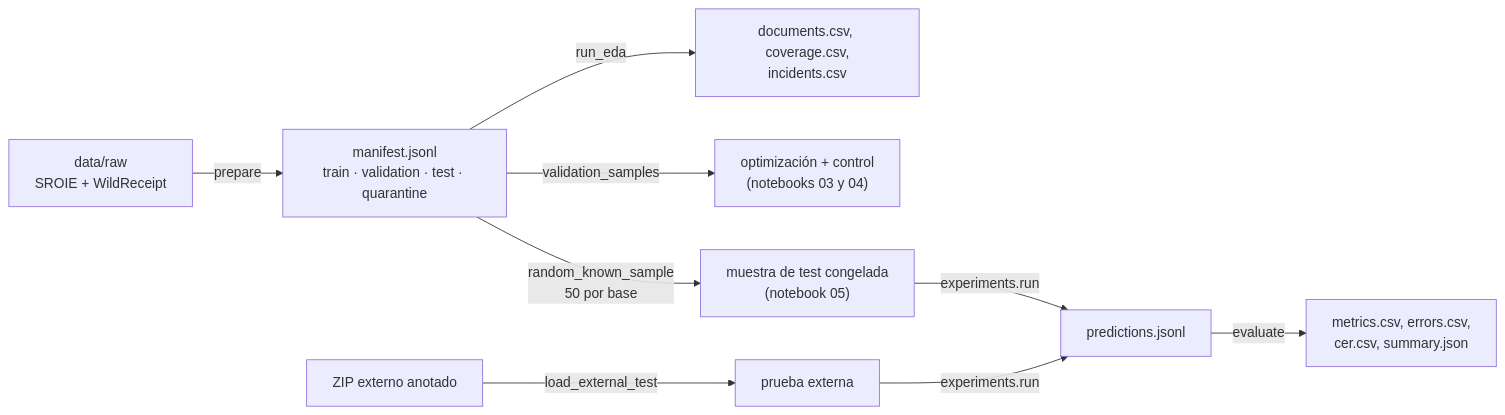
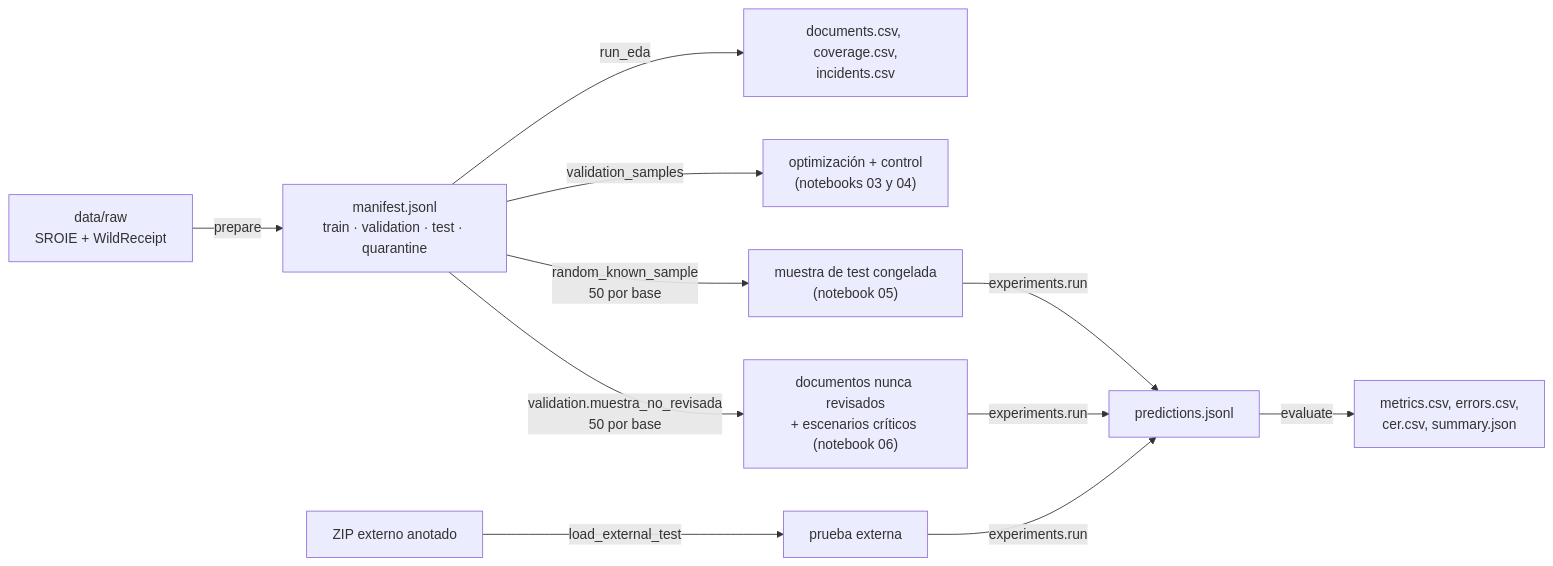
The third of 4 diagrams in docs/arquitectura.md (Jesusl2202/Document-Scanner), drawn with Mermaid before and after one commit. The commit also changed other lines of this file and 179 other files, not shown here.

````diff
--- a/docs/arquitectura.md
+++ b/docs/arquitectura.md
@@ -347,10 +349,11 @@
 ```mermaid
 flowchart LR
     R["data/raw<br/>SROIE + WildReceipt"] -->|prepare| M["manifest.jsonl<br/>train · validation · test · quarantine"]
     M -->|run_eda| E["documents.csv, coverage.csv,<br/>incidents.csv"]
     M -->|validation_samples| V["optimización + control<br/>(notebooks 03 y 04)"]
     M -->|random_known_sample<br/>50 por base| S["muestra de test congelada<br/>(notebook 05)"]
+    M -->|validation.muestra_no_revisada<br/>50 por base| N["documentos nunca revisados<br/>+ escenarios críticos (notebook 06)"]
     X["ZIP externo anotado"] -->|load_external_test| S2["prueba externa"]
-    S & S2 -->|experiments.run| P["predictions.jsonl"]
+    S & N & S2 -->|experiments.run| P["predictions.jsonl"]
     P -->|evaluate| Q["metrics.csv, errors.csv,<br/>cer.csv, summary.json"]
 ```
````
